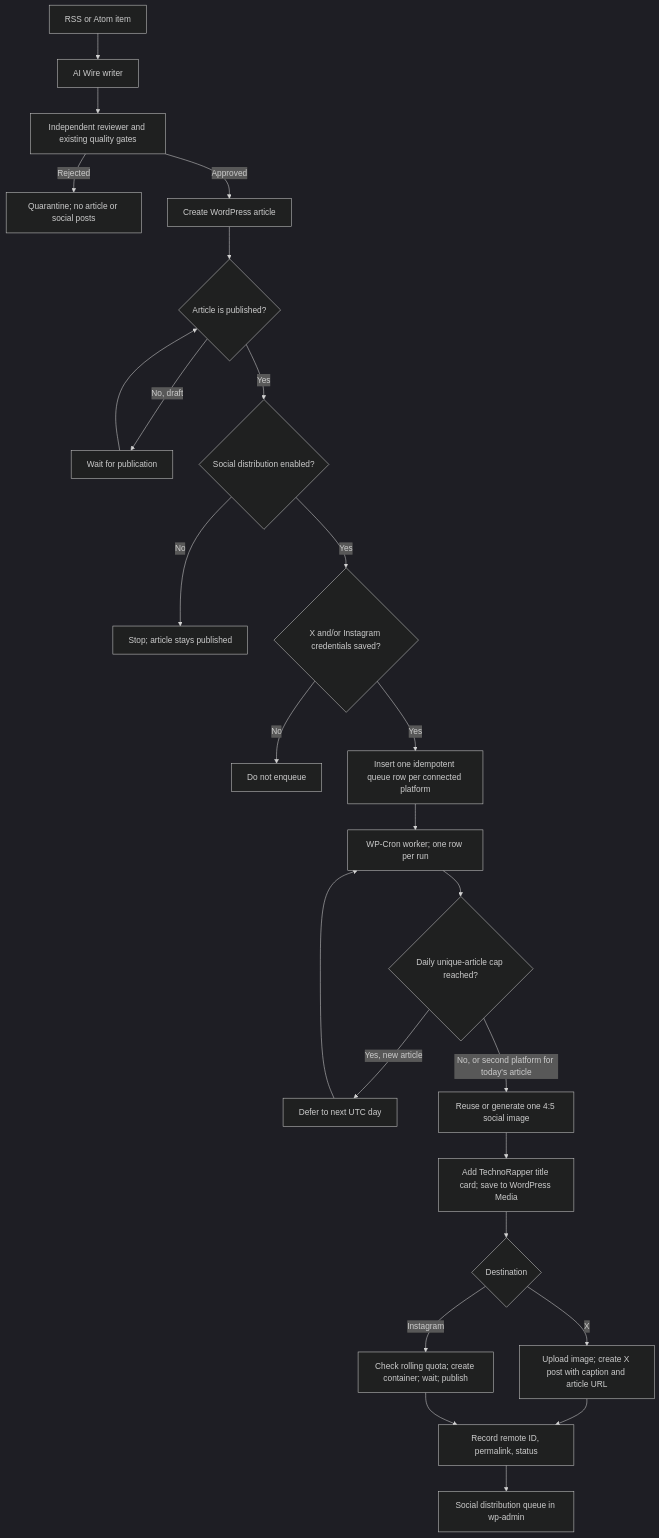
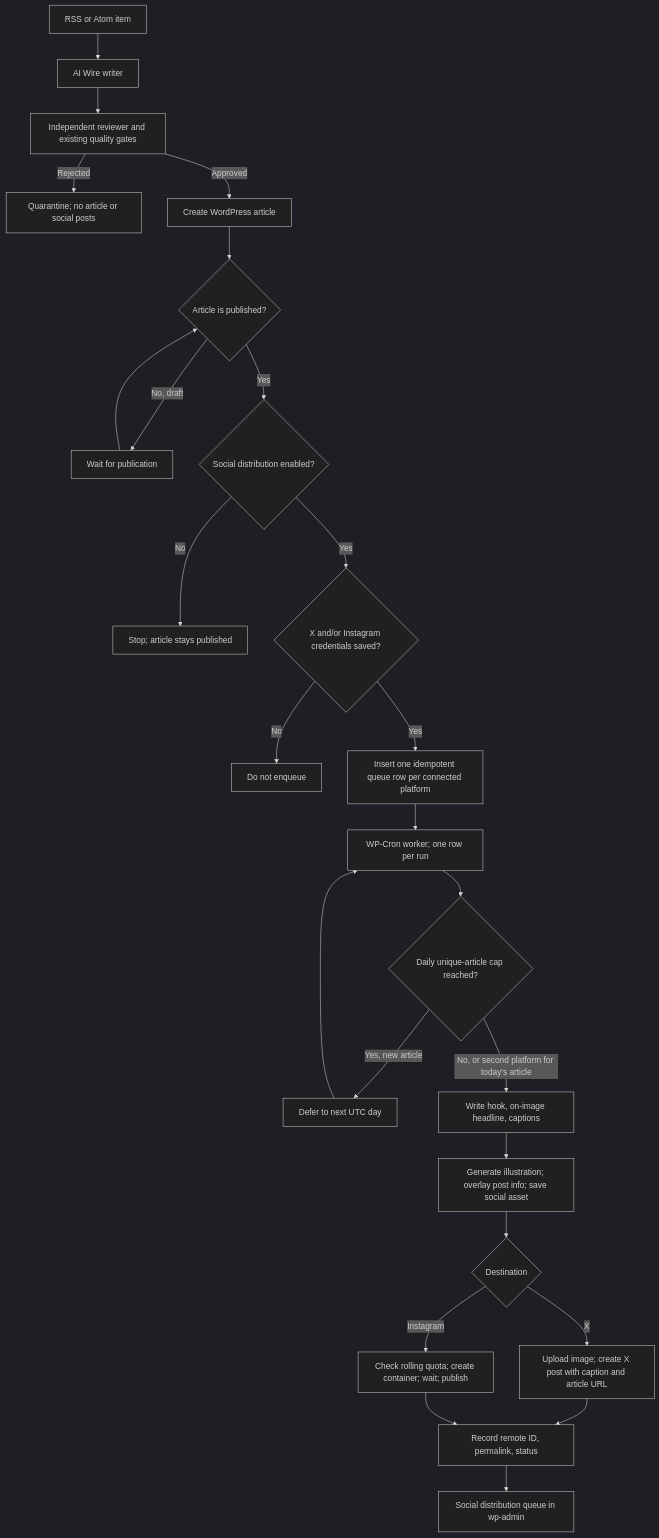
The first of 3 diagrams in docs/SOCIAL-DISTRIBUTION-HANDOFF.md (HaneetGH/technorapper-ai-wire), drawn with Mermaid (dark theme) before and after one commit. The commit also changed other lines of this file, not shown here.

````diff
--- a/docs/SOCIAL-DISTRIBUTION-HANDOFF.md
+++ b/docs/SOCIAL-DISTRIBUTION-HANDOFF.md
@@ -11,27 +11,27 @@
 ```mermaid
 flowchart TD
     A[RSS or Atom item] --> B[AI Wire writer]
     B --> C[Independent reviewer and existing quality gates]
     C -->|Rejected| D[Quarantine; no article or social posts]
     C -->|Approved| E[Create WordPress article]
     E --> F{Article is published?}
     F -->|No, draft| G[Wait for publication]
     G --> F
     F -->|Yes| H{Social distribution enabled?}
     H -->|No| I[Stop; article stays published]
     H -->|Yes| J{X and/or Instagram credentials saved?}
     J -->|No| K[Do not enqueue]
     J -->|Yes| L[Insert one idempotent queue row per connected platform]
     L --> M[WP-Cron worker; one row per run]
     M --> N{Daily unique-article cap reached?}
     N -->|Yes, new article| O[Defer to next UTC day]
-    N -->|No, or second platform for today's article| P[Reuse or generate one 4:5 social image]
-    P --> Q[Add TechnoRapper title card; save to WordPress Media]
+    N -->|No, or second platform for today's article| P[Write hook, on-image headline, captions]
+    P --> Q[Generate illustration; overlay post info; save social asset]
     Q --> R{Destination}
     R -->|X| S[Upload image; create X post with caption and article URL]
     R -->|Instagram| T[Check rolling quota; create container; wait; publish]
     S --> U[Record remote ID, permalink, status]
     T --> U
     U --> V[Social distribution queue in wp-admin]
     O --> M
 ```
````
